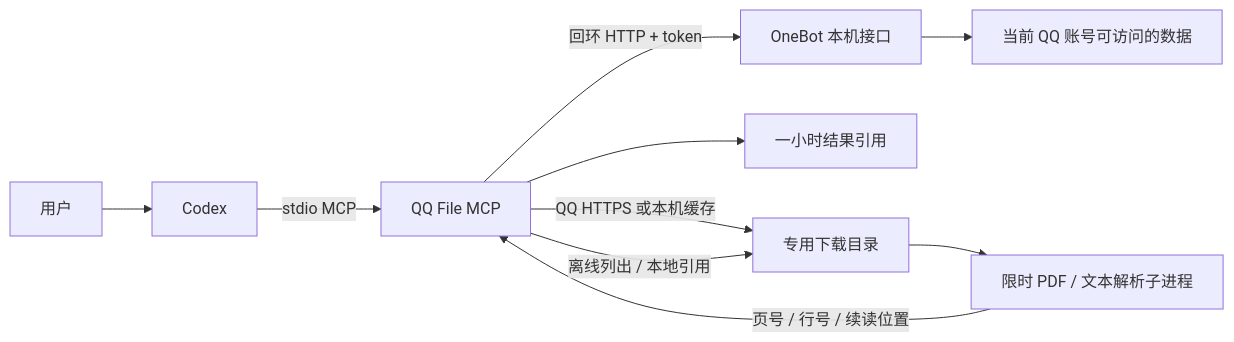
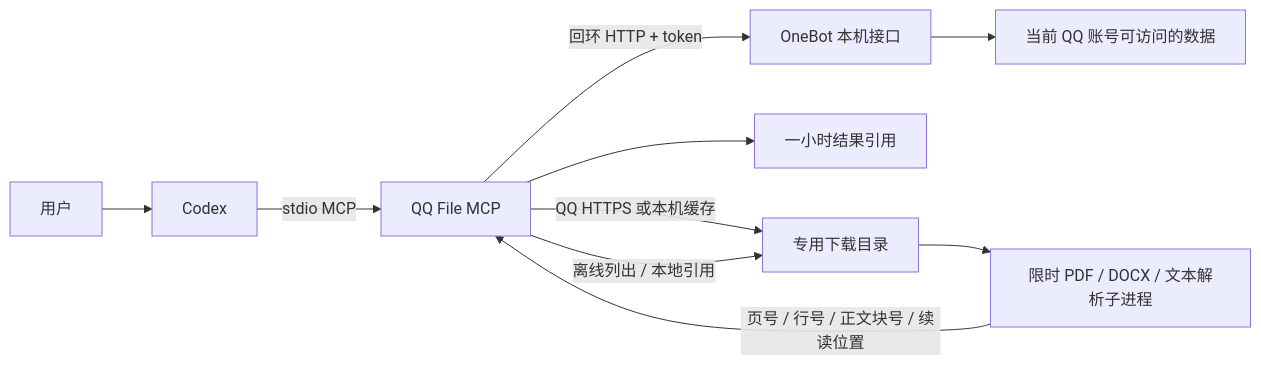
Before and after one commit to HJLiyu/qq-file-mcp: the diagram in docs/architecture.md, drawn with Mermaid. The commit also changed other lines of this file and 16 other files, not shown here.

Commit message:
feat: read DOCX downloads and release database handles

````diff
--- a/docs/architecture.md
+++ b/docs/architecture.md
@@ -3,12 +3,12 @@
 ```mermaid
 flowchart LR
     User[用户] --> Codex[Codex]
     Codex -->|stdio MCP| Tool[QQ File MCP]
     Tool -->|回环 HTTP + token| Bridge[OneBot 本机接口]
     Bridge --> QQ[当前 QQ 账号可访问的数据]
     Tool --> State[一小时结果引用]
     Tool -->|QQ HTTPS 或本机缓存| Downloads[专用下载目录]
     Tool -->|离线列出 / 本地引用| Downloads
-    Downloads --> Reader[限时 PDF / 文本解析子进程]
-    Reader -->|页号 / 行号 / 续读位置| Tool
+    Downloads --> Reader[限时 PDF / DOCX / 文本解析子进程]
+    Reader -->|页号 / 行号 / 正文块号 / 续读位置| Tool
 ```
````
